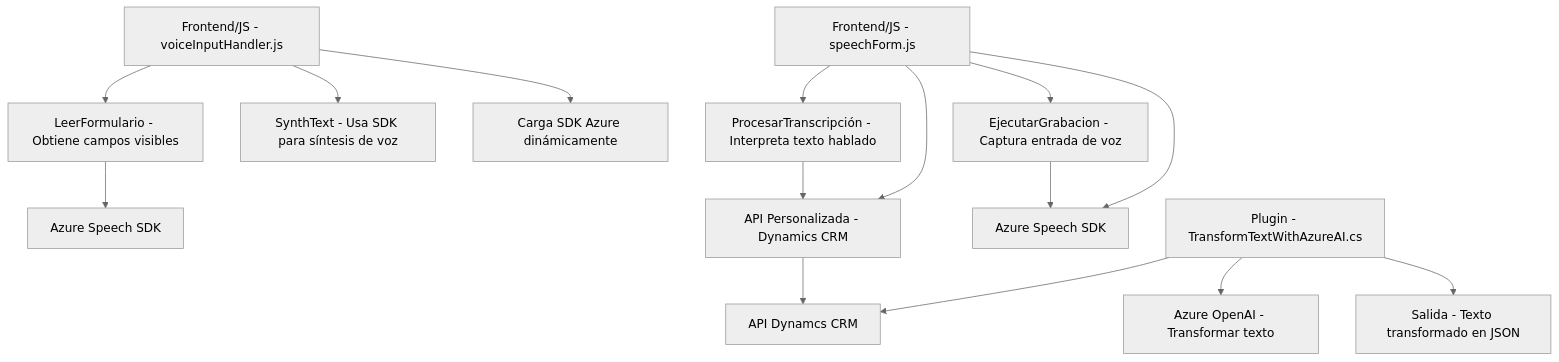
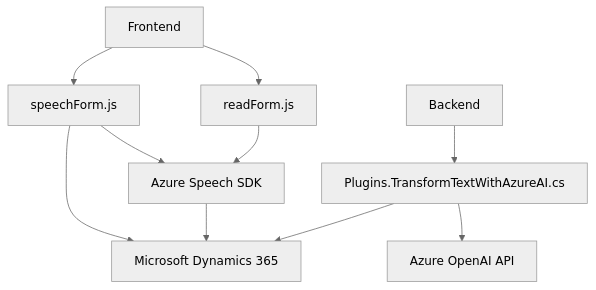
The diagram in README.md (blopezdm/NETCORE_BILBAO2025), drawn with Mermaid (neutral theme) before and after one commit. The commit also changed other lines of this file, not shown here.

````diff
--- a/README.md
+++ b/README.md
@@ -59,20 +51,21 @@
 ```mermaid
 graph TD
-    A["Frontend/JS - voiceInputHandler.js"] --> B["LeerFormulario - Obtiene campos visibles"]
-    B --> C["Azure Speech SDK"]
-    A --> D["SynthText - Usa SDK para síntesis de voz"]
-    A --> E["Carga SDK Azure dinámicamente"]
-    
-    F["Frontend/JS - speechForm.js"] --> G["EjecutarGrabacion - Captura entrada de voz"]
-    F --> H["ProcesarTranscripción - Interpreta texto hablado"]
-    F --> I["API Personalizada - Dynamics CRM"]
-    F --> J["Azure Speech SDK"]
-    
-    K["Plugin - TransformTextWithAzureAI.cs"] --> L["API Dynamcs CRM"]
-    K --> M["Azure OpenAI - Transformar texto"]
-    K --> N["Salida - Texto transformado en JSON"]
-    
-    I --> L
-    H --> I
-    G --> J
+  A["Frontend"]
+  B["readForm.js"]
+  C["speechForm.js"]
+  D["Azure Speech SDK"]
+  E["Microsoft Dynamics 365"]
+  F["Backend"]
+  G["Plugins.TransformTextWithAzureAI.cs"]
+  H["Azure OpenAI API"]
+
+  A --> B
+  A --> C
+  B --> D
+  C --> D
+  C --> E
+  F --> G
+  G --> H
+  G --> E
+  D --> E
 ```
````
